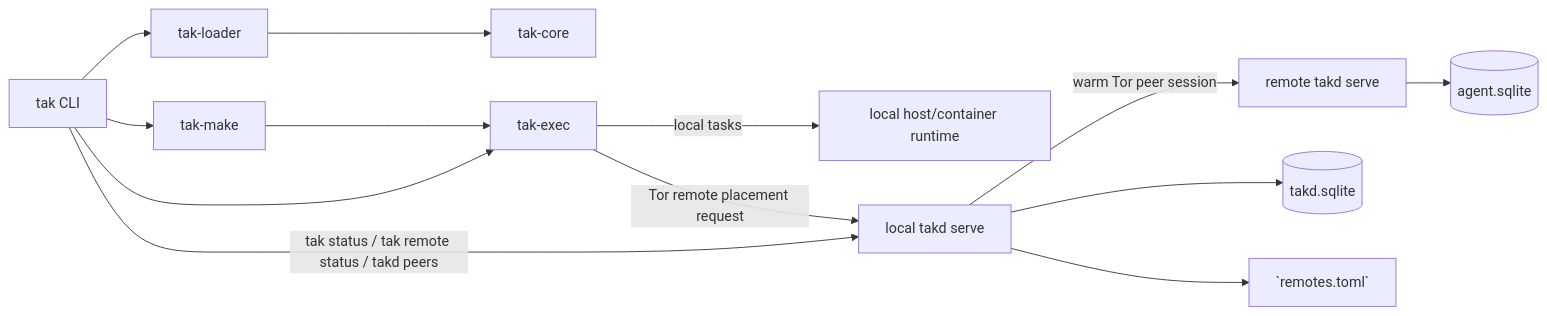
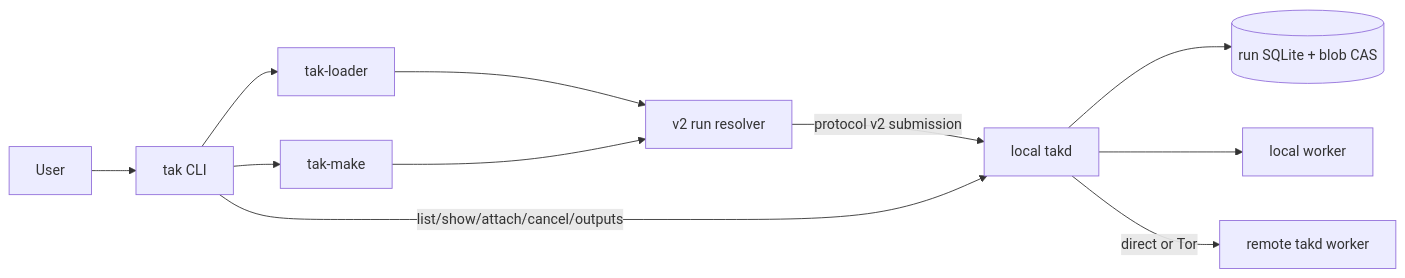
One commit to gu1p/tak changed the diagram in ARCHITECTURE.md. Above: the diagram before and after it, drawn with Mermaid. The commit also changed other lines of this file and 1840 other files, not shown here.

````diff
--- a/ARCHITECTURE.md
+++ b/ARCHITECTURE.md
@@ -49,15 +25,13 @@
 ```mermaid
 flowchart LR
-    CLI[tak CLI] --> Loader[tak-loader]
-    CLI --> Make[tak-make]
-    Loader --> Core[tak-core]
-    Make --> Exec[tak-exec]
-    CLI --> Exec[tak-exec]
-    Exec -->|local tasks| Local[local host/container runtime]
-    Exec -->|Tor remote placement request| LocalTakd[local takd serve]
-    CLI -->|tak status / tak remote status / takd peers| LocalTakd
-    LocalTakd -->|warm Tor peer session| RemoteTakd[remote takd serve]
-    RemoteTakd --> AgentDb[(agent.sqlite)]
-    LocalTakd --> LeaseDb[(takd.sqlite)]
-    LocalTakd --> Inventory[`remotes.toml`]
+    User --> Client[tak CLI]
+    Client --> Loader[tak-loader]
+    Client --> Make[tak-make]
+    Loader --> Resolve[v2 run resolver]
+    Make --> Resolve
+    Resolve -->|protocol v2 submission| Daemon[local takd]
+    Daemon --> Store[(run SQLite + blob CAS)]
+    Daemon --> Local[local worker]
+    Daemon -->|direct or Tor| Remote[remote takd worker]
+    Client -->|list/show/attach/cancel/outputs| Daemon
 ```
````
